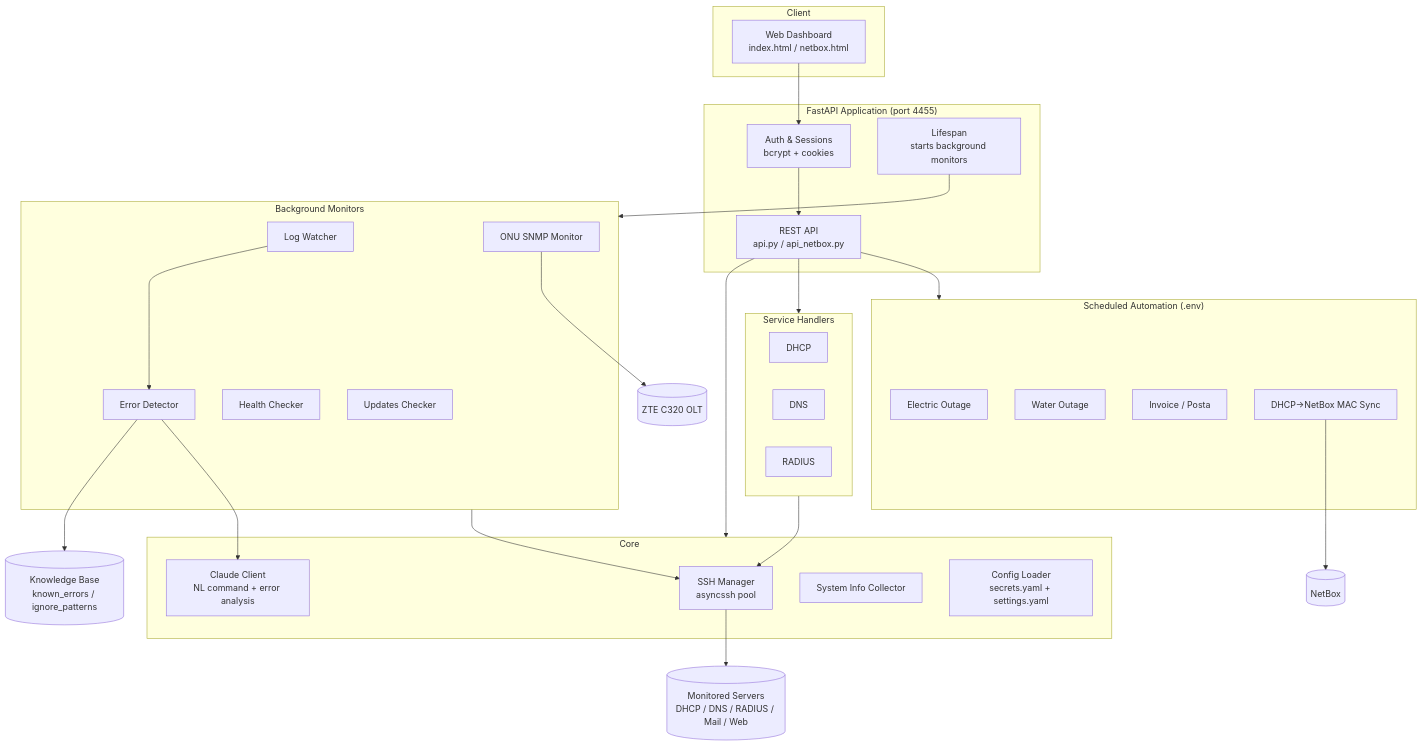
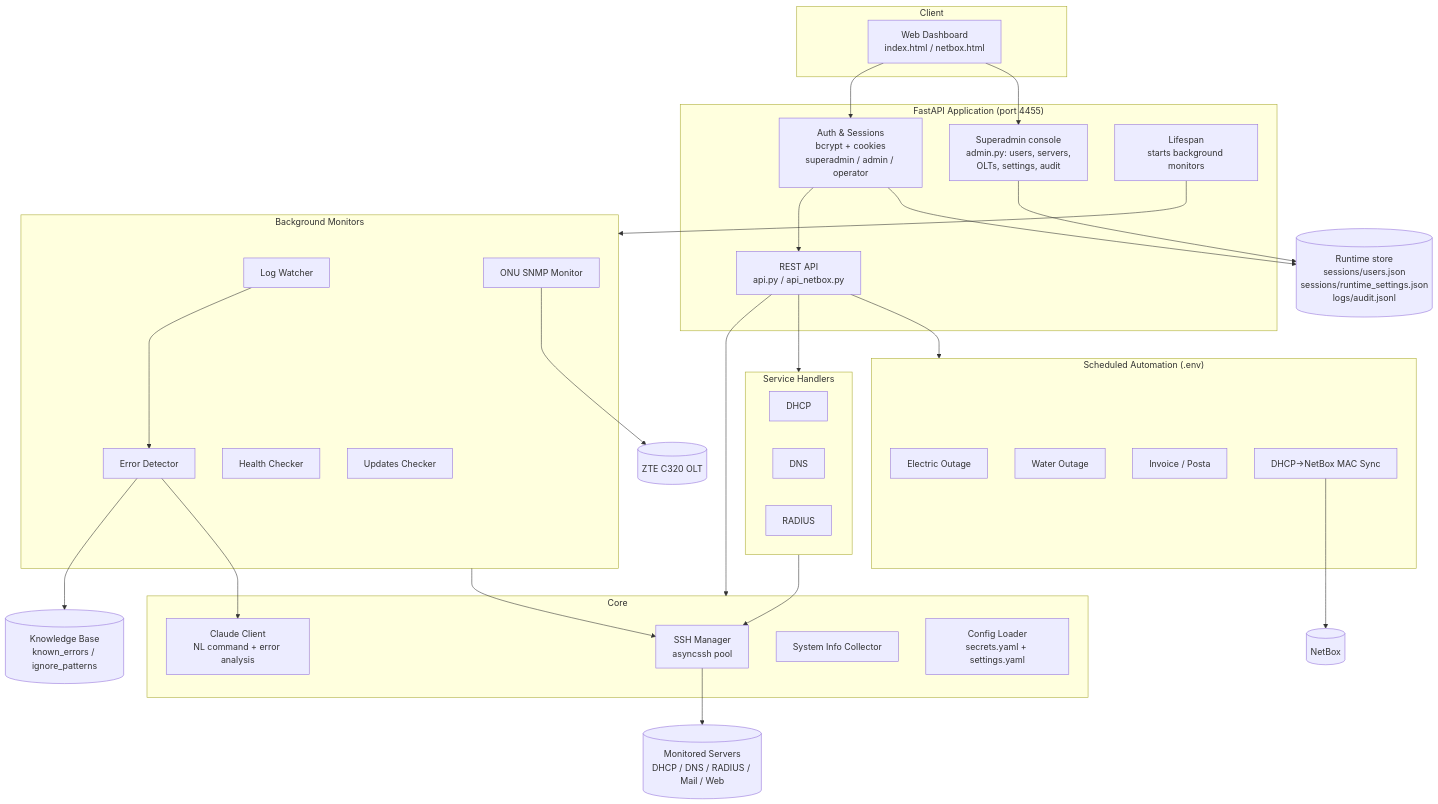
Before and after one commit to Madly222/MCPforMonitoring: the diagram in README.md, drawn with Mermaid. The commit also changed other lines of this file, not shown here.

````diff
--- a/README.md
+++ b/README.md
@@ -52,57 +53,62 @@
 ```mermaid
 flowchart TB
     subgraph Client
         UI[Web Dashboard<br/>index.html / netbox.html]
     end
 
     subgraph App["FastAPI Application (port 4455)"]
-        AUTH[Auth & Sessions<br/>bcrypt + cookies]
+        AUTH[Auth & Sessions<br/>bcrypt + cookies<br/>superadmin / admin / operator]
         API[REST API<br/>api.py / api_netbox.py]
+        ADMIN[Superadmin console<br/>admin.py: users, servers,<br/>OLTs, settings, audit]
         LIFESPAN[Lifespan<br/>starts background monitors]
     end
 
     subgraph Core
         SSH[SSH Manager<br/>asyncssh pool]
         CLAUDE[Claude Client<br/>NL command + error analysis]
         SYSINFO[System Info Collector]
         CONFIG[Config Loader<br/>secrets.yaml + settings.yaml]
     end
 
     subgraph Services["Service Handlers"]
         DHCP[DHCP]
         DNS[DNS]
         RADIUS[RADIUS]
     end
 
     subgraph Monitors["Background Monitors"]
         LOGW[Log Watcher]
         ERRD[Error Detector]
         HEALTH[Health Checker]
         UPD[Updates Checker]
         ONU[ONU SNMP Monitor]
     end
 
     subgraph Automation["Scheduled Automation (.env)"]
         ELEC[Electric Outage]
         ACC[Water Outage]
         INV[Invoice / Posta]
         MACSYNC[DHCP→NetBox MAC Sync]
     end
 
     KB[(Knowledge Base<br/>known_errors / ignore_patterns)]
     TARGETS[(Monitored Servers<br/>DHCP / DNS / RADIUS / Mail / Web)]
     OLT[(ZTE C320 OLT)]
     NB[(NetBox)]
+    STORE[(Runtime store<br/>sessions/users.json<br/>sessions/runtime_settings.json<br/>logs/audit.jsonl)]
 
     UI --> AUTH --> API
+    UI --> ADMIN
+    ADMIN --> STORE
+    AUTH --> STORE
     API --> Core
     API --> Services
     LIFESPAN --> Monitors
     Services --> SSH --> TARGETS
     Monitors --> SSH
     LOGW --> ERRD --> KB
     ERRD --> CLAUDE
     ONU --> OLT
     MACSYNC --> NB
     API --> Automation
 ```
````
